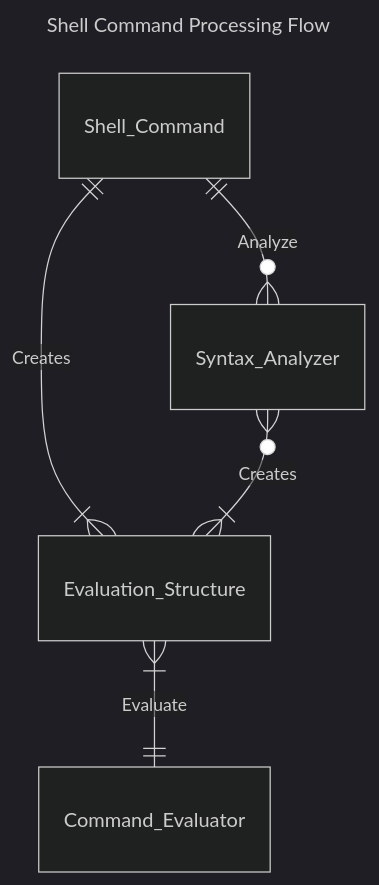
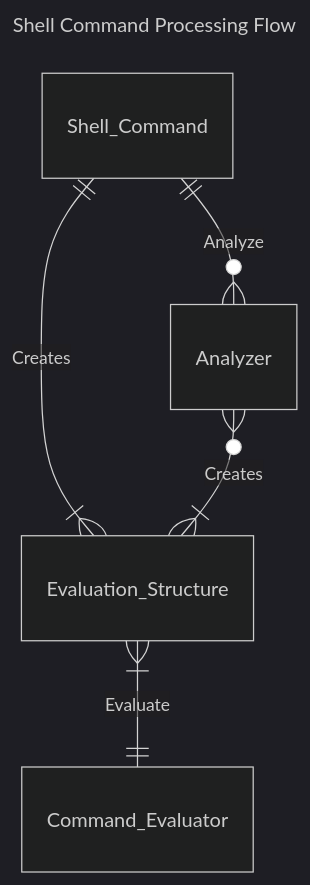
Before and after one commit to 3lsy/minishell: the diagram in docs/README.md, drawn with Mermaid (dark theme).

````diff
--- a/docs/README.md
+++ b/docs/README.md
@@ -68,10 +68,10 @@
 ```mermaid
 ---
 title: Shell Command Processing Flow
 ---
 erDiagram
-    Shell_Command ||--o{ Syntax_Analyzer : "Analyze"
+    Shell_Command ||--o{ Analyzer : "Analyze"
     Shell_Command ||--|{ Evaluation_Structure : "Creates"
-    Syntax_Analyzer }o--|{ Evaluation_Structure : "Creates"
+    Analyzer }o--|{ Evaluation_Structure : "Creates"
     Evaluation_Structure }|--|| Command_Evaluator : "Evaluate"
 ```
````
